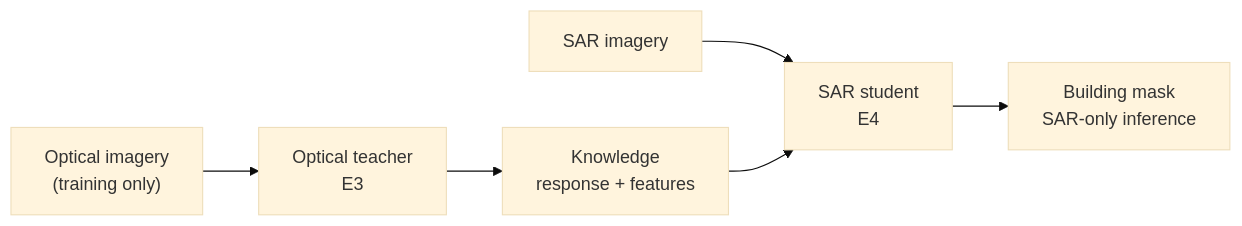
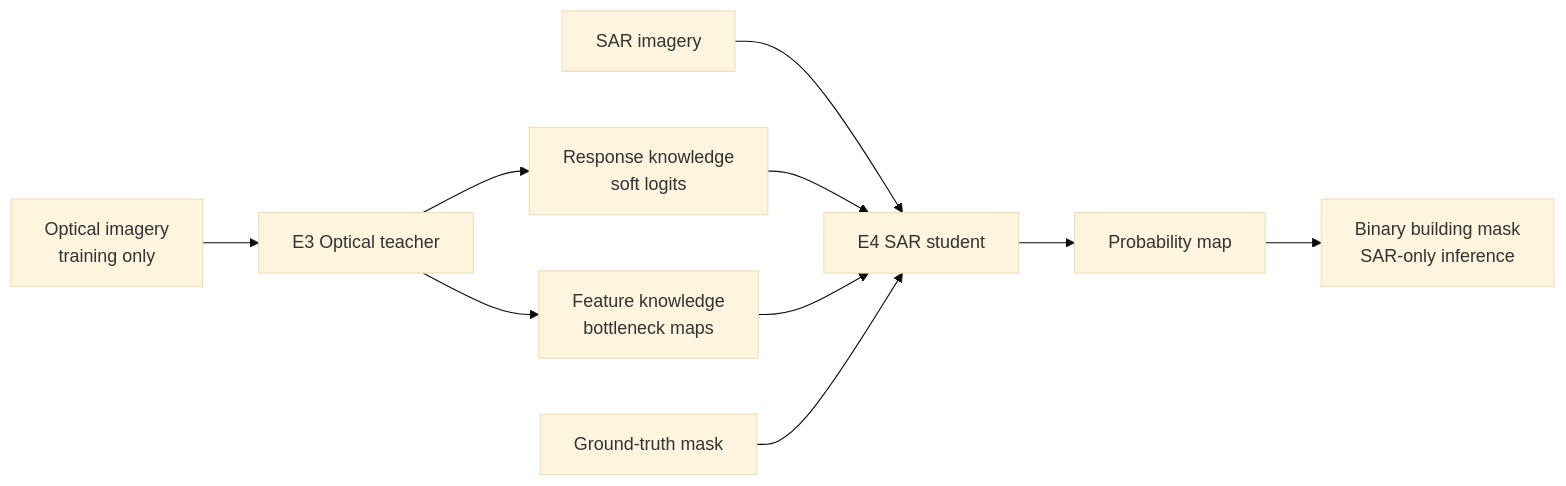
One commit to amulyagavankar20-glitch/SpaceNet-6-Multi-Sensor-All-Weather-Mapping changed the first of 10 diagrams in README.md. Above: the diagram before and after it, drawn with Mermaid (base theme). The commit also changed other lines of this file, not shown here.

````diff
--- a/README.md
+++ b/README.md
@@ -19,8 +47,12 @@
 ```mermaid
 flowchart LR
-    O["Optical imagery<br/>(training only)"] --> T["Optical teacher<br/>E3"]
-    T --> K["Knowledge<br/>response + features"]
-    R["SAR imagery"] --> S["SAR student<br/>E4"]
-    K --> S
-    S --> M["Building mask<br/>SAR-only inference"]
+    O["Optical imagery<br/>training only"] --> T["E3 Optical teacher"]
+    T --> KR["Response knowledge<br/>soft logits"]
+    T --> KF["Feature knowledge<br/>bottleneck maps"]
+    R["SAR imagery"] --> S["E4 SAR student"]
+    KR --> S
+    KF --> S
+    G["Ground-truth mask"] --> S
+    S --> P["Probability map"]
+    P --> M["Binary building mask<br/>SAR-only inference"]
 ```
````
